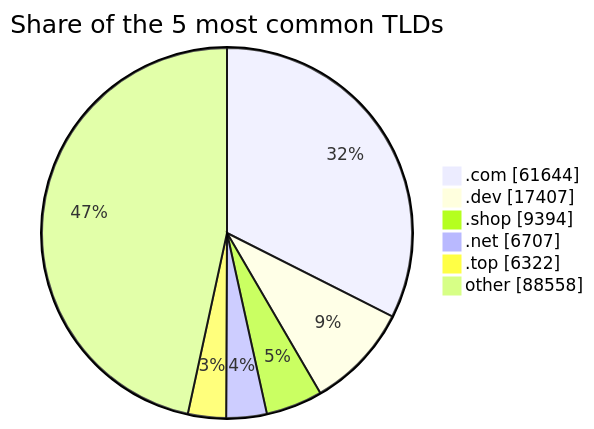
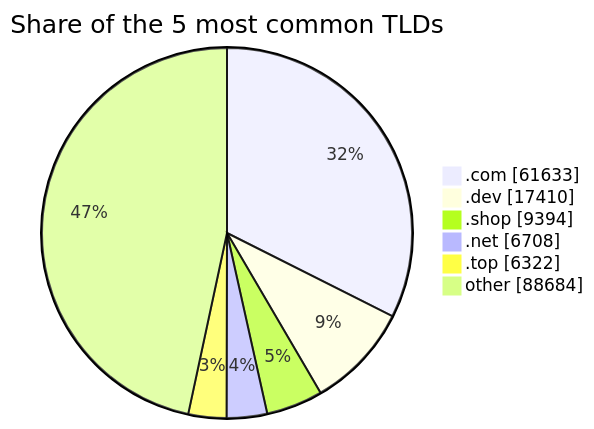
One commit to DNSBunker/CTI changed the third of 3 diagrams in README.md. Above: the diagram before and after it, drawn with Mermaid. The commit also changed other lines of this file and 3 other files, not shown here.

````diff
--- a/README.md
+++ b/README.md
@@ -81,9 +81,9 @@
 ```mermaid
 pie showData title Share of the 5 most common TLDs
-    ".com" : 61644
-    ".dev" : 17407
+    ".com" : 61633
+    ".dev" : 17410
     ".shop" : 9394
-    ".net" : 6707
+    ".net" : 6708
     ".top" : 6322
-    "other" : 88558
+    "other" : 88684
 ```
````
